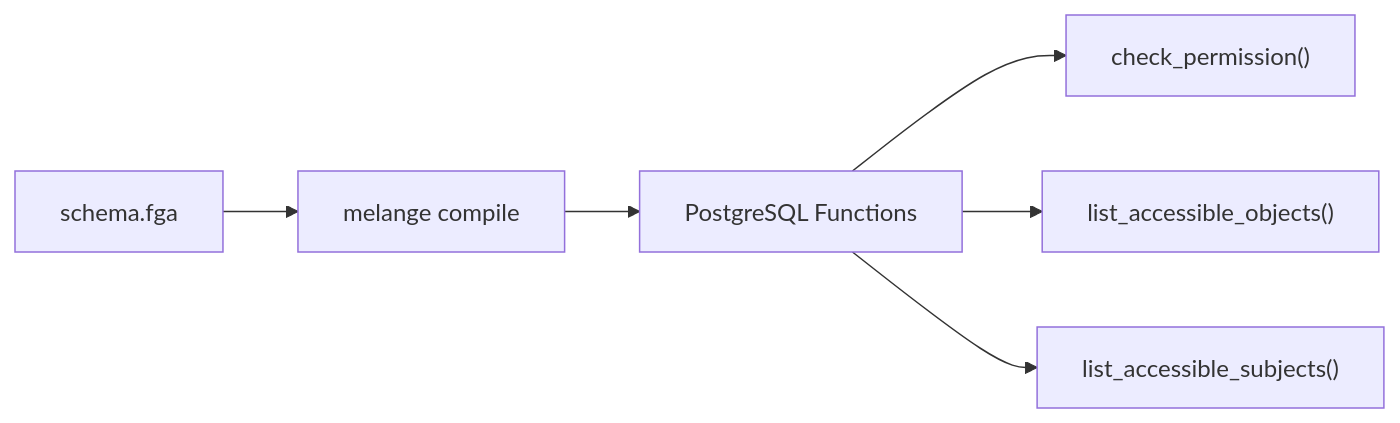
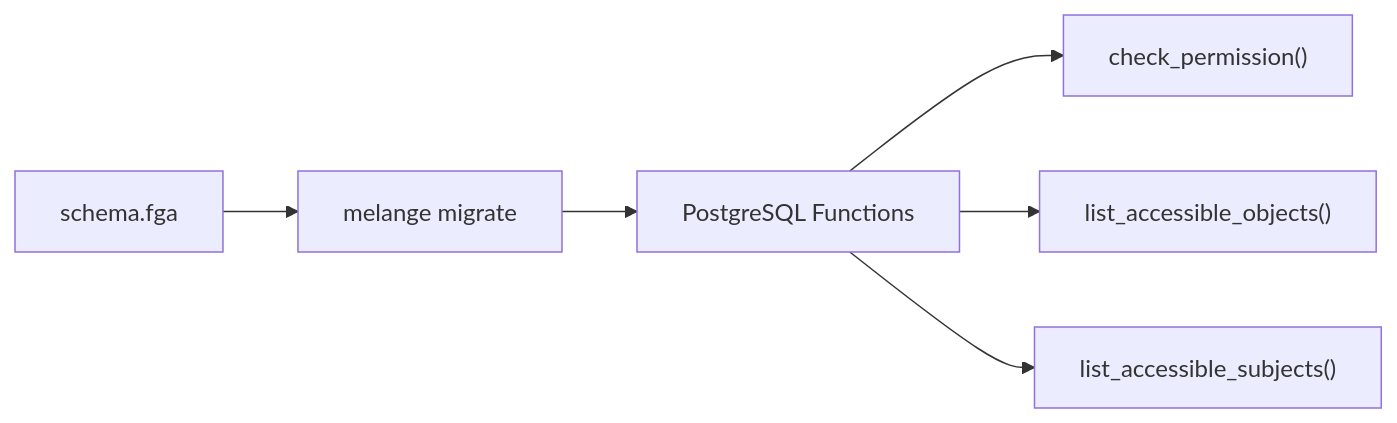
One commit to pthm/melange changed the diagram in docs/content/_index.md. Above: the diagram before and after it, drawn with Mermaid. The commit also changed other lines of this file and 47 other files, not shown here.

````diff
--- a/docs/content/_index.md
+++ b/docs/content/_index.md
@@ -94,8 +95,8 @@
 ```mermaid
 flowchart LR
-    schema["schema.fga"] --> melange["melange compile"]
+    schema["schema.fga"] --> melange["melange migrate"]
     melange --> funcs["PostgreSQL Functions"]
     funcs --> check["check_permission()"]
     funcs --> list["list_accessible_objects()"]
     funcs --> subjects["list_accessible_subjects()"]
 ```
````
